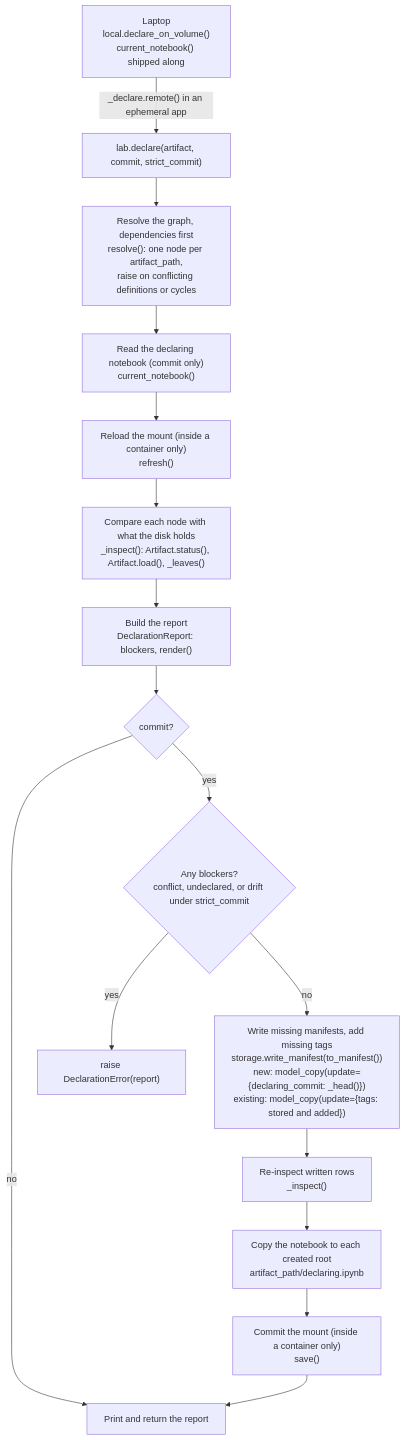
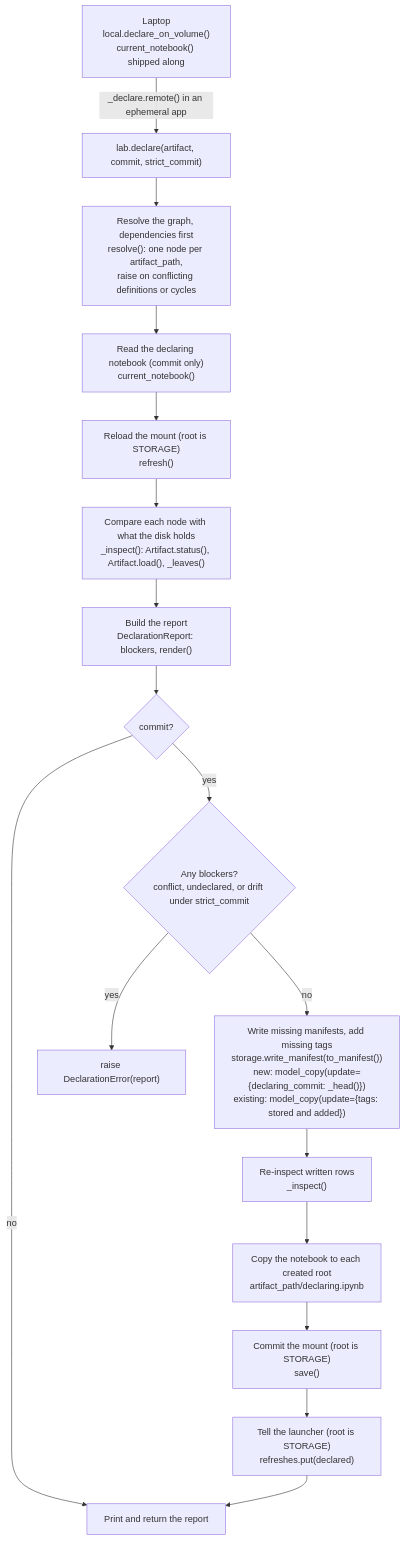
Before and after one commit to ocanphys/launchpad: the second of 2 diagrams in docs/lab.md, drawn with Mermaid. The commit also changed 43 other files, not shown here.

````diff
--- a/docs/lab.md
+++ b/docs/lab.md
@@ -144,18 +144,19 @@
 ```mermaid
 flowchart TD
   LAP["Laptop<br/>local.declare_on_volume()<br/>current_notebook() shipped along"] -->|"_declare.remote() in an ephemeral app"| S
   S["lab.declare(artifact, commit, strict_commit)"] --> R["Resolve the graph, dependencies first<br/>resolve(): one node per artifact_path,<br/>raise on conflicting definitions or cycles"]
   R --> NBK["Read the declaring notebook (commit only)<br/>current_notebook()"]
-  NBK --> RF["Reload the mount (inside a container only)<br/>refresh()"]
+  NBK --> RF["Reload the mount (root is STORAGE)<br/>refresh()"]
   RF --> I["Compare each node with what the disk holds<br/>_inspect(): Artifact.status(), Artifact.load(), _leaves()"]
   I --> REP["Build the report<br/>DeclarationReport: blockers, render()"]
   REP --> C{"commit?"}
   C -->|no| OUT["Print and return the report"]
   C -->|yes| BL{"Any blockers?<br/>conflict, undeclared, or drift under strict_commit"}
   BL -->|yes| ERR["raise DeclarationError(report)"]
   BL -->|no| W["Write missing manifests, add missing tags<br/>storage.write_manifest(to_manifest())<br/>new: model_copy(update={declaring_commit: _head()})<br/>existing: model_copy(update={tags: stored and added})"]
   W --> RI["Re-inspect written rows<br/>_inspect()"]
   RI --> CP["Copy the notebook to each created root<br/>artifact_path/declaring.ipynb"]
-  CP --> SV["Commit the mount (inside a container only)<br/>save()"]
-  SV --> OUT
+  CP --> SV["Commit the mount (root is STORAGE)<br/>save()"]
+  SV --> AN["Tell the launcher (root is STORAGE)<br/>refreshes.put(declared)"]
+  AN --> OUT
 ```
````
